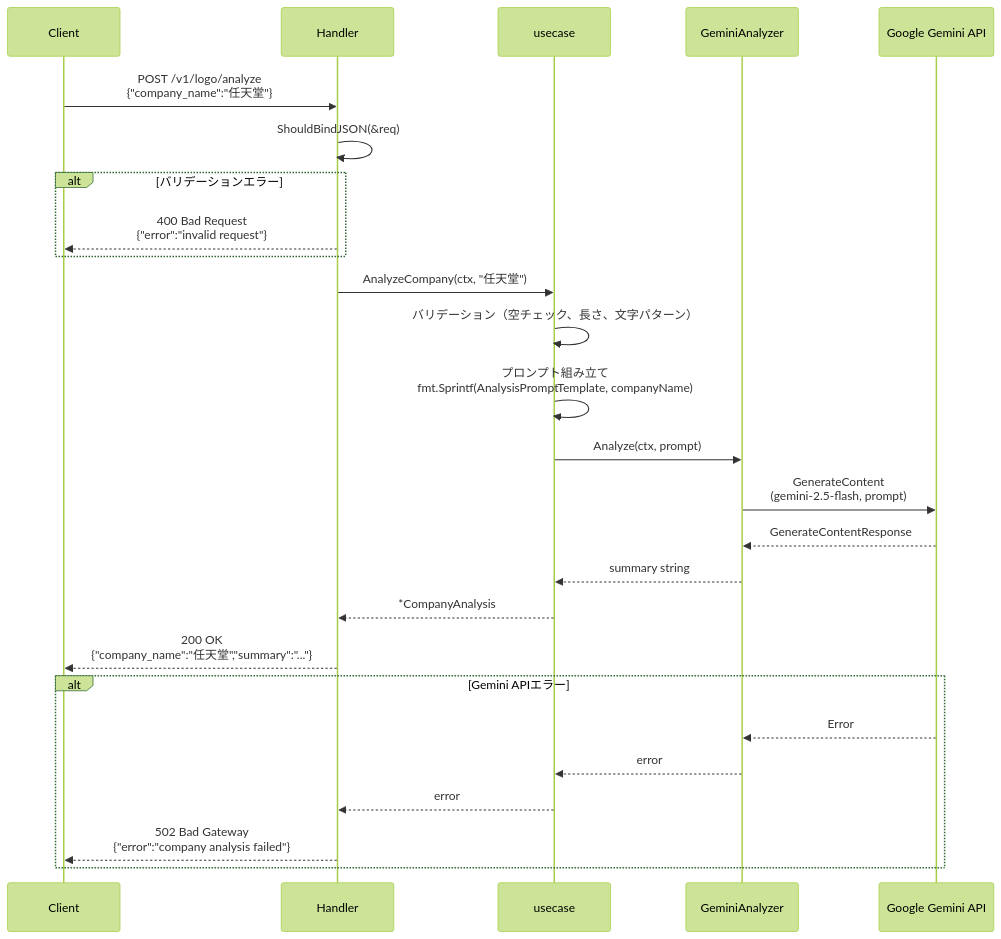
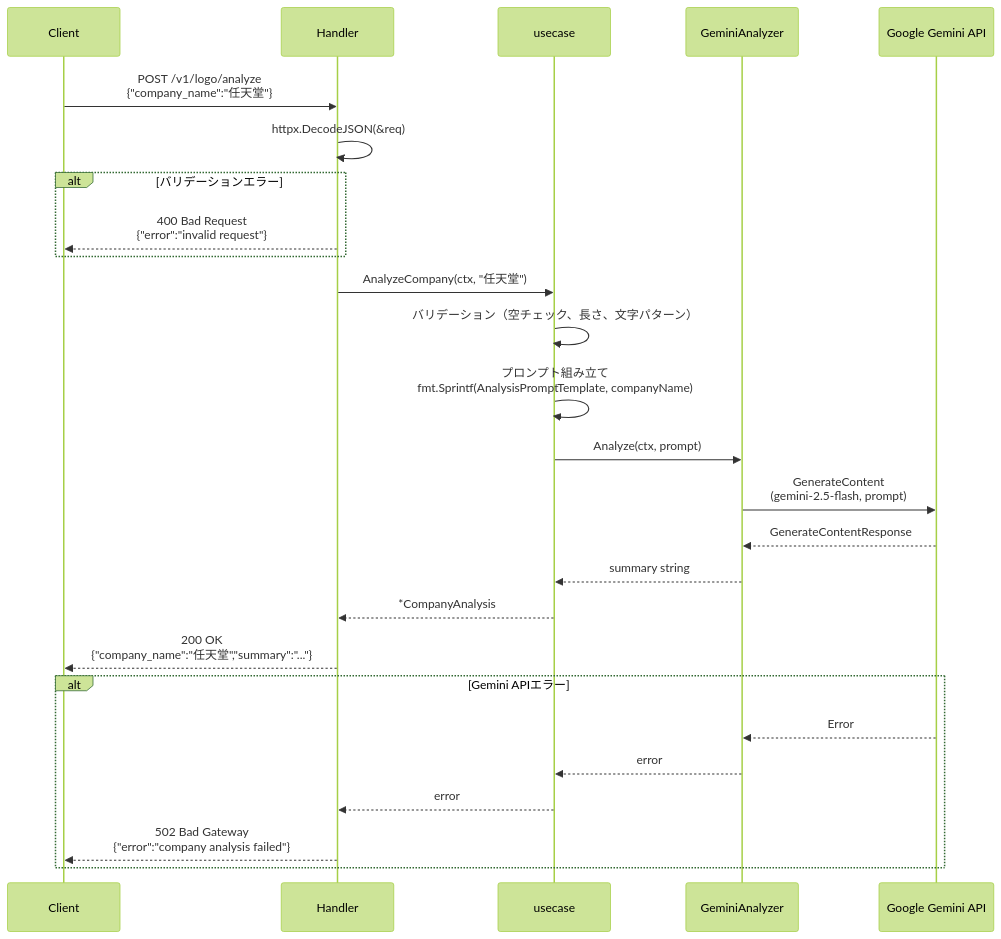
The second of 3 diagrams in docs/features/logodetection.md (UCHIDAnobuhiro/stock-backend), drawn with Mermaid (forest theme) before and after one commit. The commit also changed other lines of this file and 14 other files, not shown here.

````diff
--- a/docs/features/logodetection.md
+++ b/docs/features/logodetection.md
@@ -59,32 +59,32 @@
 ```mermaid
 sequenceDiagram
     participant Client
     participant Handler as Handler
     participant Usecase as usecase
     participant Gemini as GeminiAnalyzer
     participant API as Google Gemini API
 
     Client->>Handler: POST /v1/logo/analyze<br/>{"company_name":"任天堂"}
-    Handler->>Handler: ShouldBindJSON(&req)
+    Handler->>Handler: httpx.DecodeJSON(&req)
 
     alt バリデーションエラー
         Handler-->>Client: 400 Bad Request<br/>{"error":"invalid request"}
     end
 
     Handler->>Usecase: AnalyzeCompany(ctx, "任天堂")
     Usecase->>Usecase: バリデーション（空チェック、長さ、文字パターン）
     Usecase->>Usecase: プロンプト組み立て<br/>fmt.Sprintf(AnalysisPromptTemplate, companyName)
     Usecase->>Gemini: Analyze(ctx, prompt)
     Gemini->>API: GenerateContent<br/>(gemini-2.5-flash, prompt)
     API-->>Gemini: GenerateContentResponse
     Gemini-->>Usecase: summary string
     Usecase-->>Handler: *CompanyAnalysis
     Handler-->>Client: 200 OK<br/>{"company_name":"任天堂","summary":"..."}
 
     alt Gemini APIエラー
         API-->>Gemini: Error
         Gemini-->>Usecase: error
         Usecase-->>Handler: error
         Handler-->>Client: 502 Bad Gateway<br/>{"error":"company analysis failed"}
     end
 ```
````
